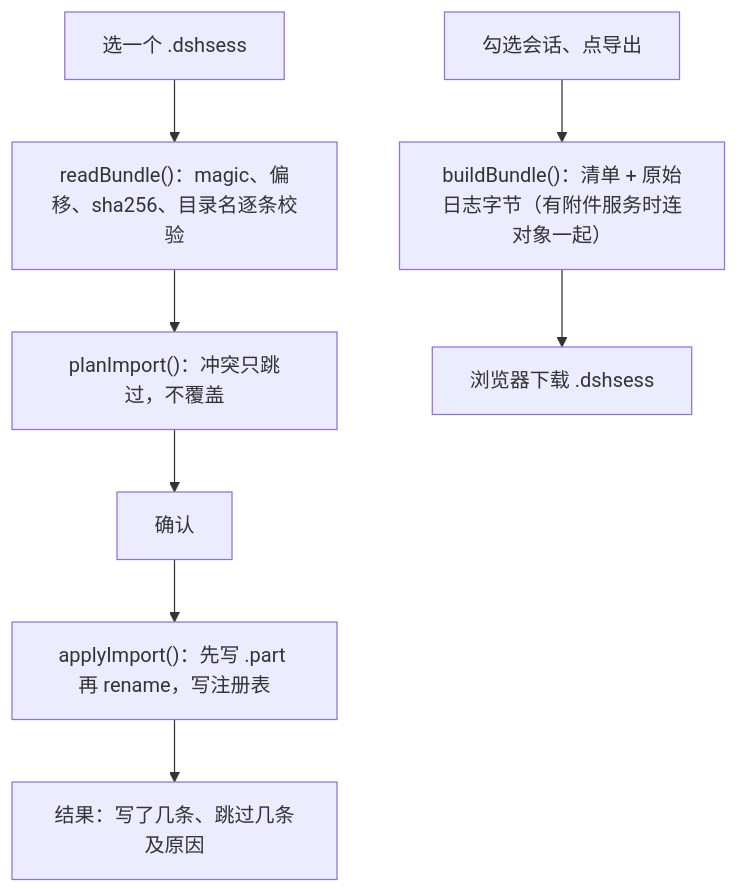
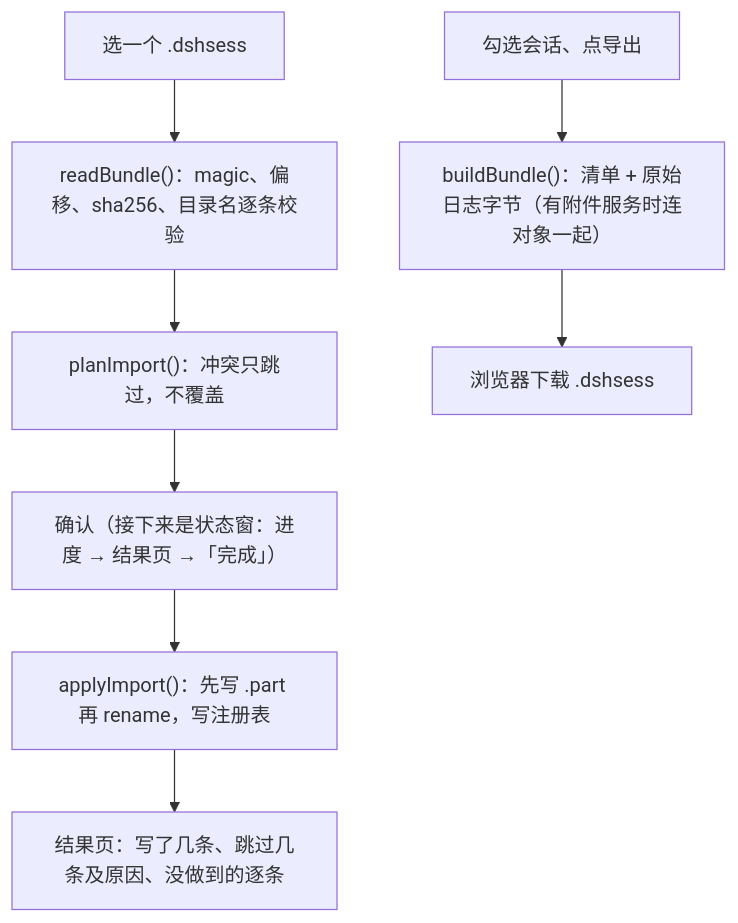
One commit to he0119/dsh-session-manager changed the sixth of 10 diagrams in docs/flows.md. Above: the diagram before and after it, drawn with Mermaid. The commit also changed other lines of this file and 25 other files, not shown here.

````diff
--- a/docs/flows.md
+++ b/docs/flows.md
@@ -137,11 +155,11 @@
 ```mermaid
 flowchart TD
   A["选一个 .dshsess"] --> B["readBundle()：magic、偏移、sha256、目录名逐条校验"]
   B --> C["planImport()：冲突只跳过，不覆盖"]
-  C --> D["确认"]
+  C --> D["确认（接下来是状态窗：进度 → 结果页 →「完成」）"]
   D --> E["applyImport()：先写 .part 再 rename，写注册表"]
-  E --> F["结果：写了几条、跳过几条及原因"]
+  E --> F["结果页：写了几条、跳过几条及原因、没做到的逐条"]
 
   G["勾选会话、点导出"] --> H["buildBundle()：清单 + 原始日志字节（有附件服务时连对象一起）"]
   H --> I["浏览器下载 .dshsess"]
 ```
````
